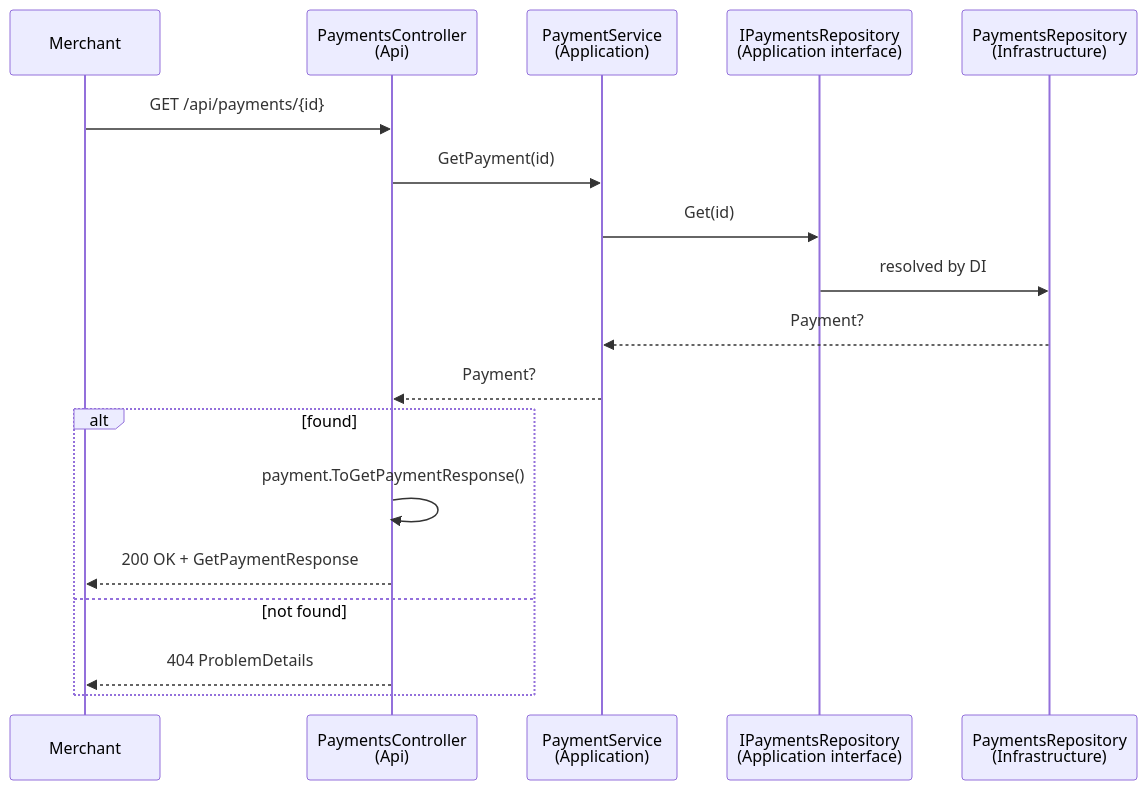
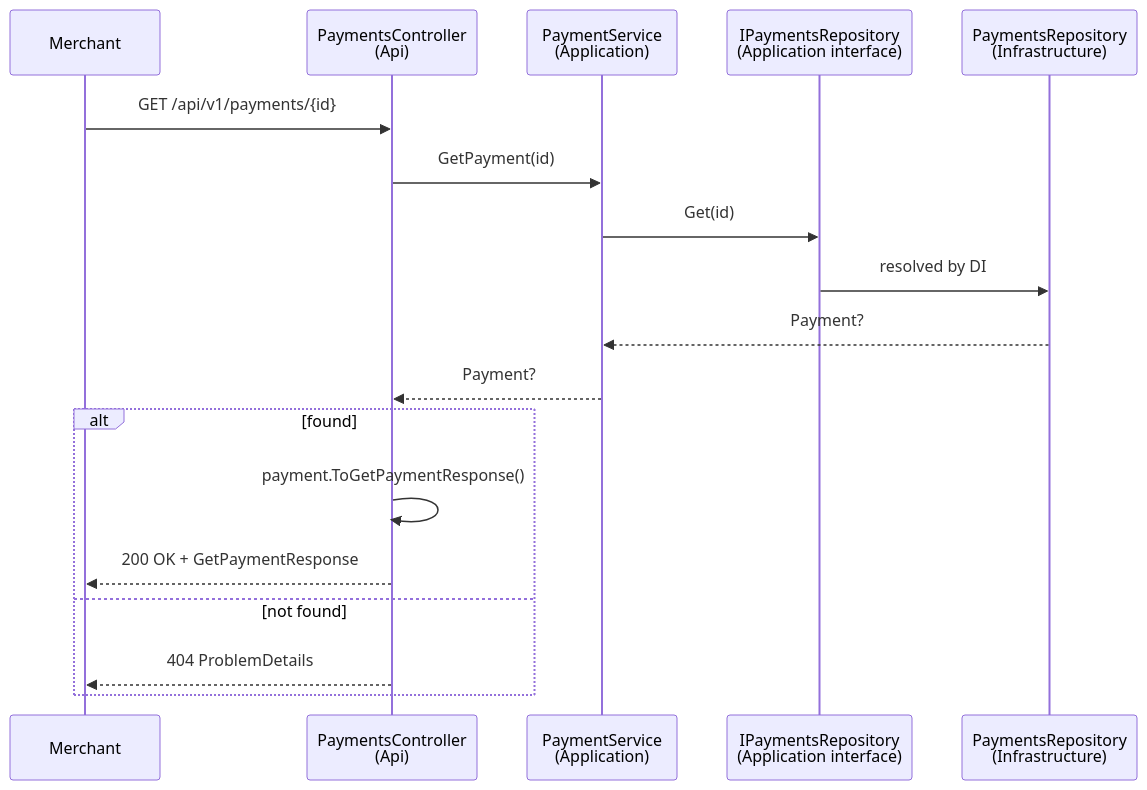
Before and after one commit to SuleCodes/payment-gateway-challenge-dotnet-main: the second of 3 diagrams in README-TECH.md, drawn with Mermaid. The commit also changed other lines of this file and 16 other files, not shown here.

````diff
--- a/README-TECH.md
+++ b/README-TECH.md
@@ -67,21 +67,21 @@
 ```mermaid
 sequenceDiagram
     participant Client as Merchant
     participant C as PaymentsController<br/>(Api)
     participant S as PaymentService<br/>(Application)
     participant R as IPaymentsRepository<br/>(Application interface)
     participant Impl as PaymentsRepository<br/>(Infrastructure)
 
-    Client->>C: GET /api/payments/{id}
+    Client->>C: GET /api/v1/payments/{id}
     C->>S: GetPayment(id)
     S->>R: Get(id)
     R->>Impl: resolved by DI
     Impl-->>S: Payment?
     S-->>C: Payment?
     alt found
         C->>C: payment.ToGetPaymentResponse()
         C-->>Client: 200 OK + GetPaymentResponse
     else not found
         C-->>Client: 404 ProblemDetails
     end
 ```
````
